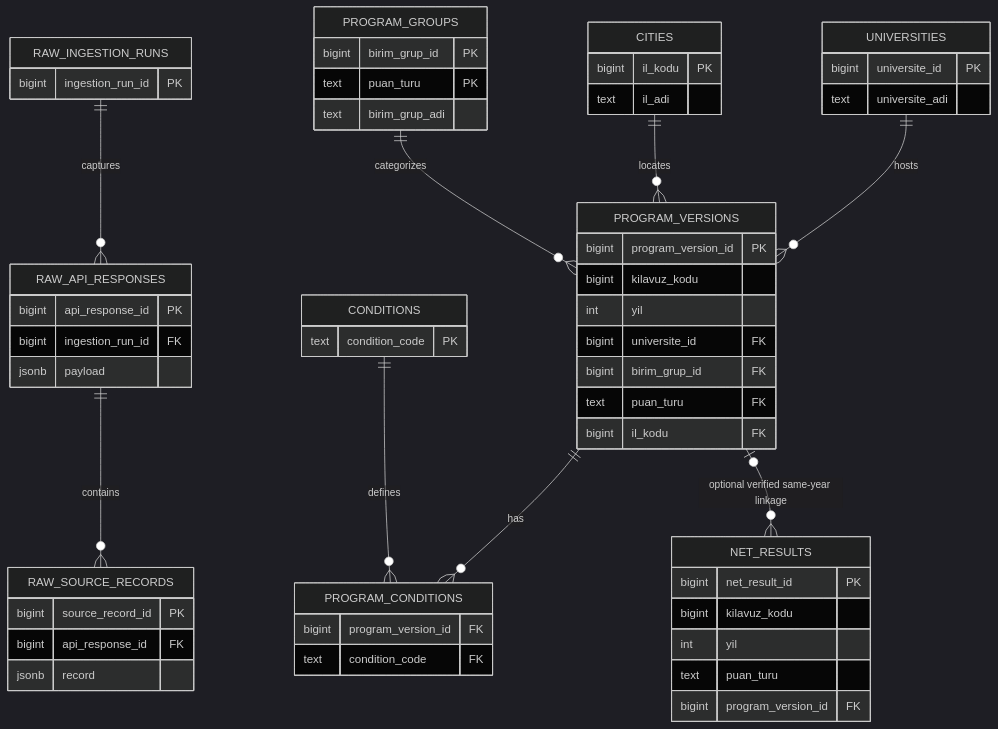
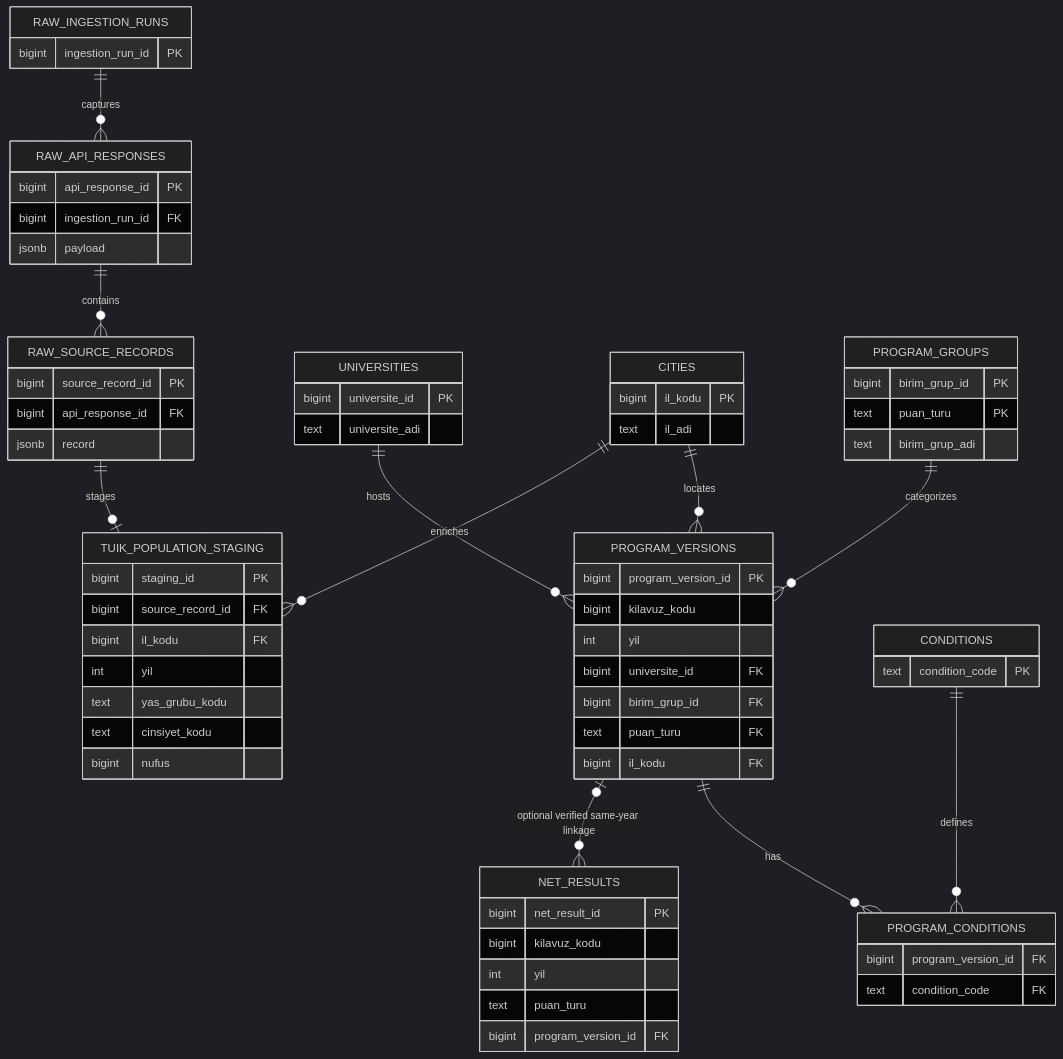
Before and after one commit to thrustec/yokatlasscraper: the diagram in docs/database/data_model.mmd, drawn with Mermaid (dark theme). The commit also changed 51 other files, not shown here.

```diff
--- a/docs/database/data_model.mmd
+++ b/docs/database/data_model.mmd
@@ -1,58 +1,69 @@
 erDiagram
     RAW_API_RESPONSES ||--o{ RAW_SOURCE_RECORDS : contains
     RAW_INGESTION_RUNS ||--o{ RAW_API_RESPONSES : captures
+    RAW_SOURCE_RECORDS ||--o| TUIK_POPULATION_STAGING : stages
     UNIVERSITIES ||--o{ PROGRAM_VERSIONS : hosts
     CITIES ||--o{ PROGRAM_VERSIONS : locates
+    CITIES ||--o{ TUIK_POPULATION_STAGING : enriches
     PROGRAM_GROUPS ||--o{ PROGRAM_VERSIONS : categorizes
     PROGRAM_VERSIONS ||--o{ PROGRAM_CONDITIONS : has
     CONDITIONS ||--o{ PROGRAM_CONDITIONS : defines
     PROGRAM_VERSIONS o|--o{ NET_RESULTS : "optional verified same-year linkage"
     UNIVERSITIES {
       bigint universite_id PK
       text universite_adi
     }
     PROGRAM_GROUPS {
       bigint birim_grup_id PK
       text puan_turu PK
       text birim_grup_adi
     }
     CITIES {
       bigint il_kodu PK
       text il_adi
     }
     PROGRAM_VERSIONS {
       bigint program_version_id PK
       bigint kilavuz_kodu
       int yil
       bigint universite_id FK
       bigint birim_grup_id FK
       text puan_turu FK
       bigint il_kodu FK
     }
     NET_RESULTS {
       bigint net_result_id PK
       bigint kilavuz_kodu
       int yil
       text puan_turu
       bigint program_version_id FK
     }
     CONDITIONS {
       text condition_code PK
     }
     PROGRAM_CONDITIONS {
       bigint program_version_id FK
       text condition_code FK
     }
     RAW_INGESTION_RUNS {
       bigint ingestion_run_id PK
     }
     RAW_API_RESPONSES {
       bigint api_response_id PK
       bigint ingestion_run_id FK
       jsonb payload
     }
     RAW_SOURCE_RECORDS {
       bigint source_record_id PK
       bigint api_response_id FK
       jsonb record
     }
+    TUIK_POPULATION_STAGING {
+      bigint staging_id PK
+      bigint source_record_id FK
+      bigint il_kodu FK
+      int yil
+      text yas_grubu_kodu
+      text cinsiyet_kodu
+      bigint nufus
+    }
```
